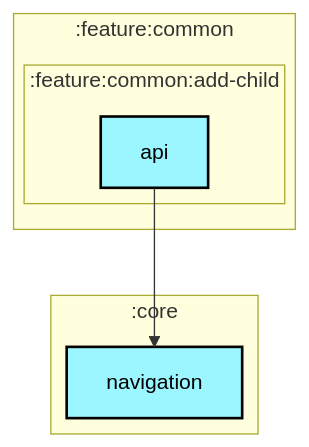
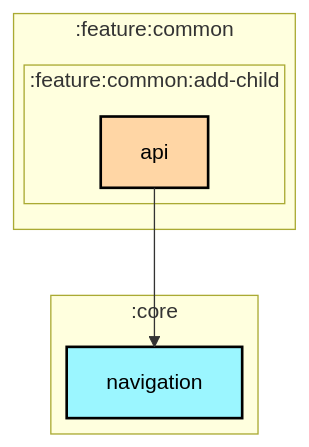
Before and after one commit to jadavchirag/jadavchirag: the first of 2 diagrams in architecture/ParentalControlApps/feature/common/add-child/api/README.md, drawn with Mermaid. The commit also changed 26 other files, not shown here.

Commit message:
fixed feature module colors in graphs

````diff
--- a/architecture/ParentalControlApps/feature/common/add-child/api/README.md
+++ b/architecture/ParentalControlApps/feature/common/add-child/api/README.md
@@ -6,29 +6,29 @@
 ```mermaid
 ---
 config:
   layout: elk
   elk:
     nodePlacementStrategy: SIMPLE
 ---
 graph TB
   subgraph :feature:common
     direction TB
     subgraph :feature:common:add-child
       direction TB
-      :feature:common:add-child:api[api]:::android-library
+      :feature:common:add-child:api[api]:::android-feature
     end
   end
   subgraph :core
     direction TB
     :core:navigation[navigation]:::android-library
   end
 
   :feature:common:add-child:api --> :core:navigation
 
 classDef android-application fill:#CAFFBF,stroke:#000,stroke-width:2px,color:#000;
 classDef android-feature fill:#FFD6A5,stroke:#000,stroke-width:2px,color:#000;
 classDef android-library fill:#9BF6FF,stroke:#000,stroke-width:2px,color:#000;
 classDef android-test fill:#A0C4FF,stroke:#000,stroke-width:2px,color:#000;
 classDef jvm-library fill:#BDB2FF,stroke:#000,stroke-width:2px,color:#000;
 classDef unknown fill:#FFADAD,stroke:#000,stroke-width:2px,color:#000;
 ```
````
